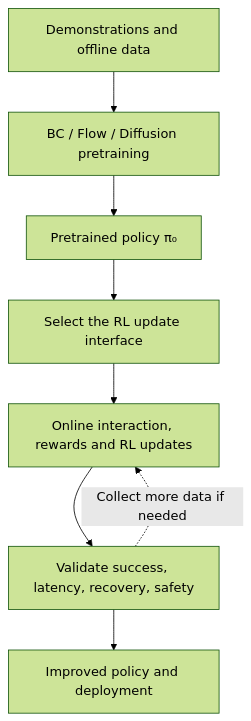
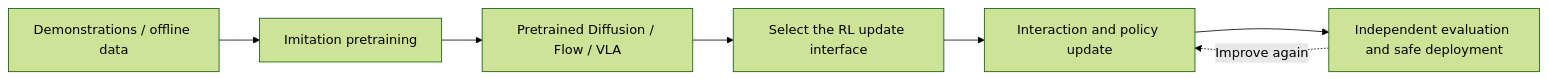
Before and after one commit to zengxiong111/Foundation_of_Embodied_AI: the first of 5 diagrams in md/RL_Post_Training_EN.md, drawn with Mermaid (forest theme). The commit also changed other lines of this file and 6 other files, not shown here.

````diff
--- a/md/RL_Post_Training_EN.md
+++ b/md/RL_Post_Training_EN.md
@@ -31,11 +31,10 @@
 ```mermaid
 %% FIG: pipeline
-flowchart TB
-  D["Demonstrations and offline data"] --> P["BC / Flow / Diffusion pretraining"]
-  P --> B["Pretrained policy π₀"]
+flowchart LR
+  D["Demonstrations / offline data"] --> P["Imitation pretraining"]
+  P --> B["Pretrained Diffusion / Flow / VLA"]
   B --> R["Select the RL update interface"]
-  R --> U["Online interaction, rewards and RL updates"]
-  U --> E["Validate success, latency, recovery, safety"]
-  E --> F["Improved policy and deployment"]
-  E -.->|Collect more data if needed| U
+  R --> U["Interaction and policy update"]
+  U --> E["Independent evaluation and safe deployment"]
+  E -.->|Improve again| U
 ```
````
